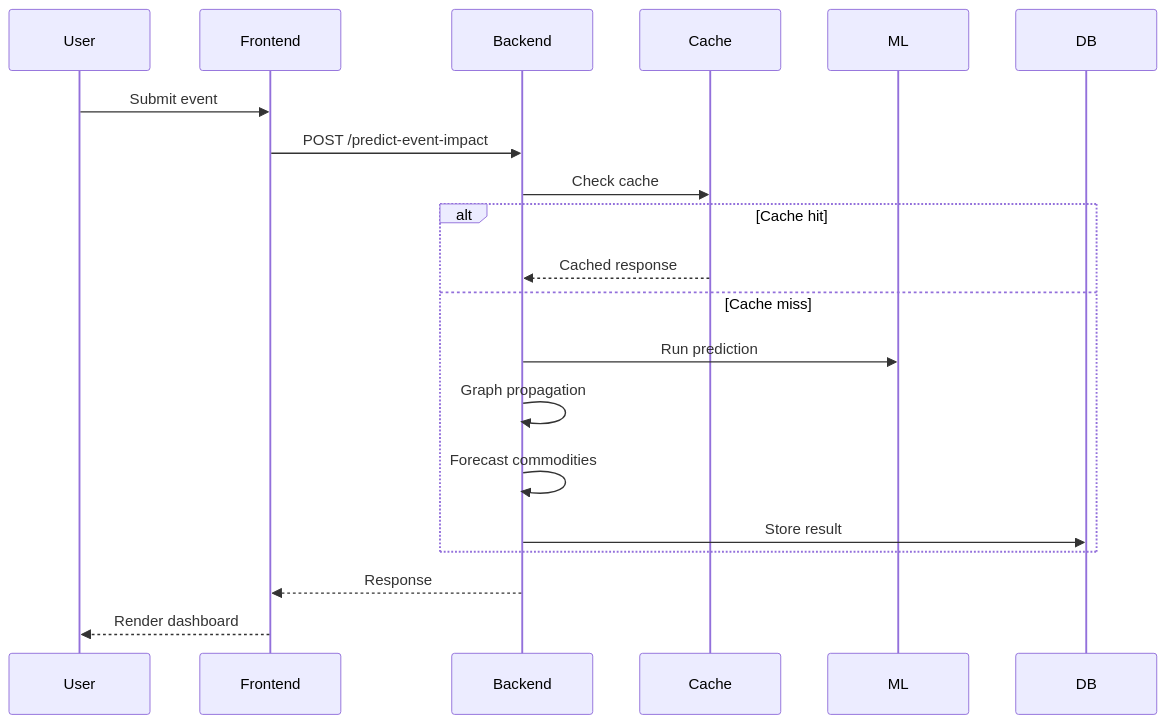
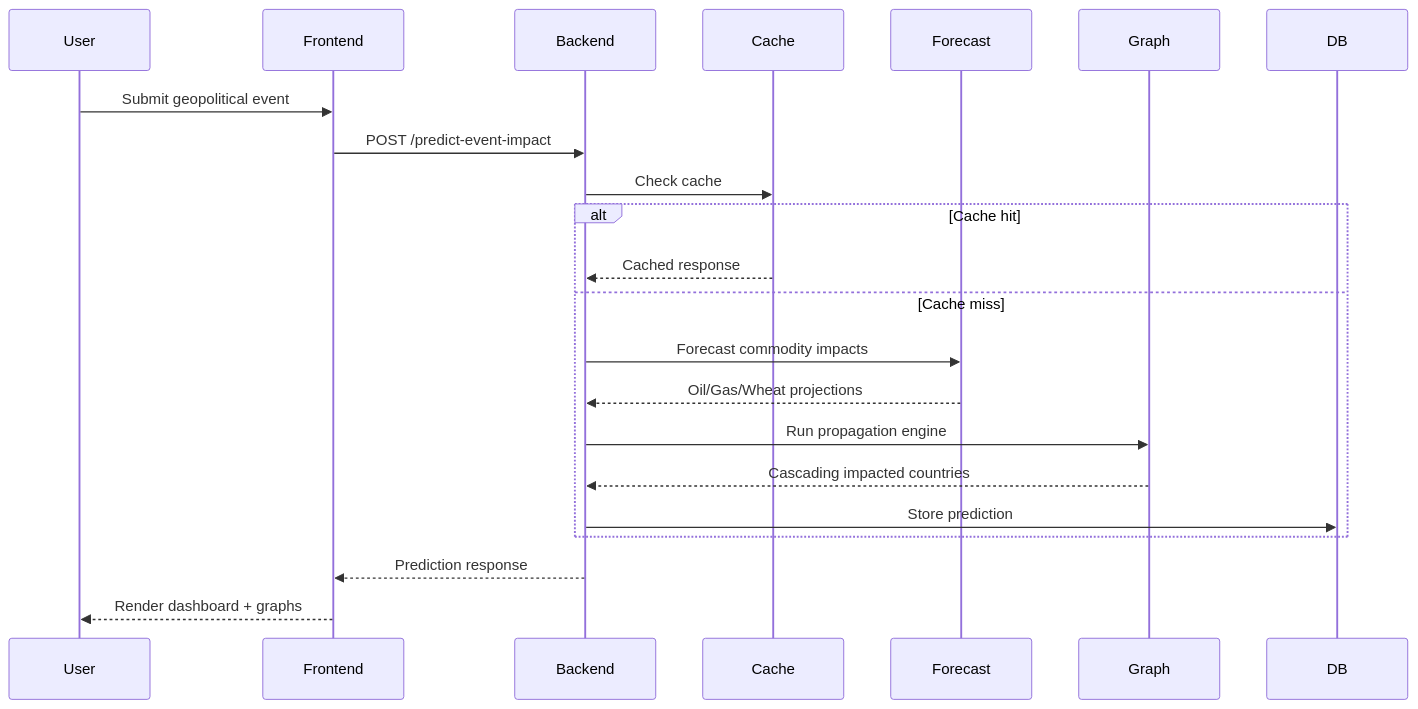
One commit to pleasingsunlight/geoflation changed the third of 4 diagrams in README.md. Above: the diagram before and after it, drawn with Mermaid. The commit also changed other lines of this file, not shown here.

````diff
--- a/README.md
+++ b/README.md
@@ -83,27 +110,34 @@
 ```mermaid
 sequenceDiagram
 
 participant User
 participant Frontend
 participant Backend
 participant Cache
-participant ML
+participant Forecast
+participant Graph
 participant DB
 
-User->>Frontend: Submit event
+User->>Frontend: Submit geopolitical event
+
 Frontend->>Backend: POST /predict-event-impact
 
 Backend->>Cache: Check cache
 
 alt Cache hit
     Cache-->>Backend: Cached response
 else Cache miss
-    Backend->>ML: Run prediction
-    Backend->>Backend: Graph propagation
-    Backend->>Backend: Forecast commodities
-    Backend->>DB: Store result
+
+    Backend->>Forecast: Forecast commodity impacts
+    Forecast-->>Backend: Oil/Gas/Wheat projections
+
+    Backend->>Graph: Run propagation engine
+    Graph-->>Backend: Cascading impacted countries
+
+    Backend->>DB: Store prediction
 end
 
-Backend-->>Frontend: Response
-Frontend-->>User: Render dashboard
+Backend-->>Frontend: Prediction response
+
+Frontend-->>User: Render dashboard + graphs
 ```
````
